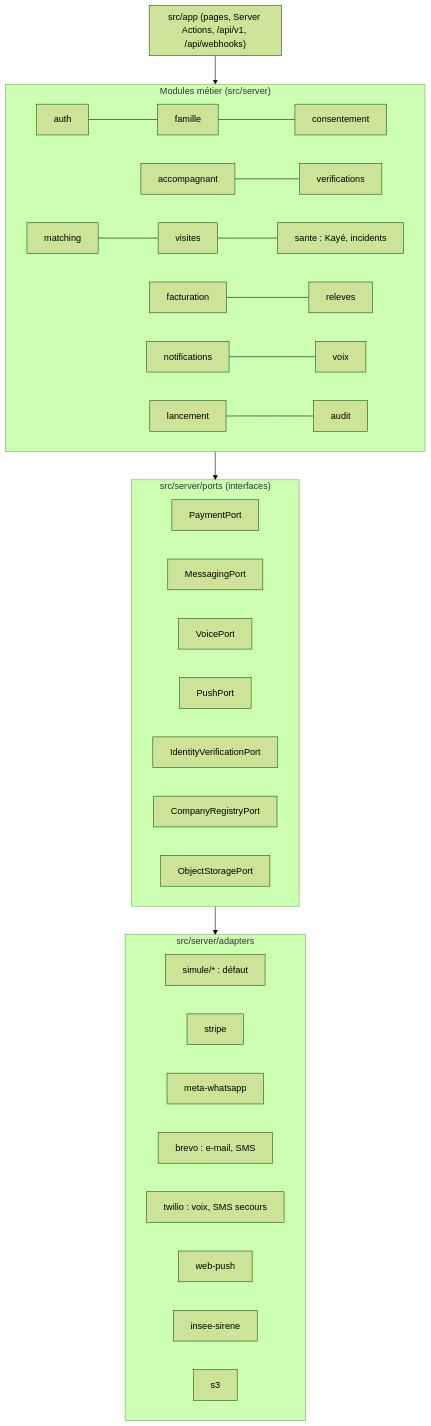
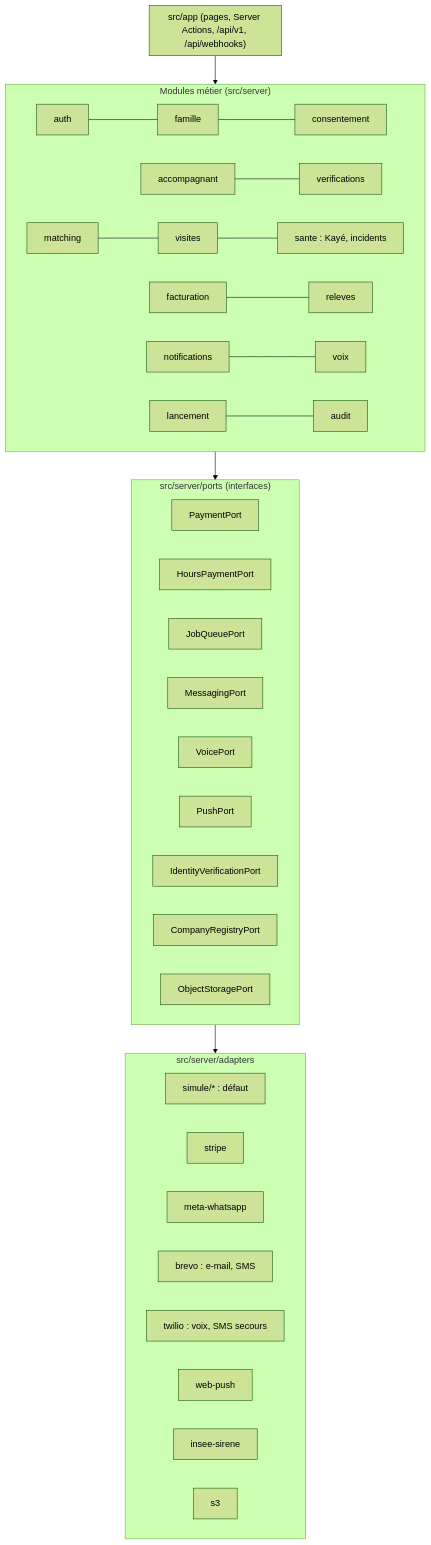
One commit to abbo-benhamid/Jarvis changed diagram 19 of 19 in docs/tech/specification-v1-conso.md. Above: the diagram before and after it, drawn with Mermaid (forest theme). The commit also changed other lines of this file and 4 other files, not shown here.

````diff
--- a/docs/tech/specification-v1-conso.md
+++ b/docs/tech/specification-v1-conso.md
@@ -1131,35 +1151,37 @@
 ```mermaid
 flowchart TB
   subgraph APP["src/app (pages, Server Actions, /api/v1, /api/webhooks)"]
   end
   subgraph DOM["Modules métier (src/server)"]
     AUTH[auth] --- FAM[famille] --- CONS[consentement]
     ACC[accompagnant] --- VER[verifications]
     MAT[matching] --- VIS[visites] --- SAN[sante : Kayé, incidents]
     BIL[facturation] --- REL[releves]
     NOT[notifications] --- VOI[voix]
     LAU[lancement] --- AUD[audit]
   end
   subgraph PORTS["src/server/ports (interfaces)"]
-    PP[PaymentPort] 
+    PP[PaymentPort]
+    HP[HoursPaymentPort]
+    JQ[JobQueuePort]
     MP[MessagingPort]
     VP[VoicePort]
     PU[PushPort]
     IP[IdentityVerificationPort]
     RP[CompanyRegistryPort]
     SP[ObjectStoragePort]
   end
   subgraph ADP["src/server/adapters"]
     SIM[simule/* : défaut]
     STR[stripe]
     WAA[meta-whatsapp]
     BRV[brevo : e-mail, SMS]
     TWI[twilio : voix, SMS secours]
     WP[web-push]
     INS[insee-sirene]
     CEL[s3]
   end
   APP --> DOM
   DOM --> PORTS
   PORTS --> ADP
 ```
````
